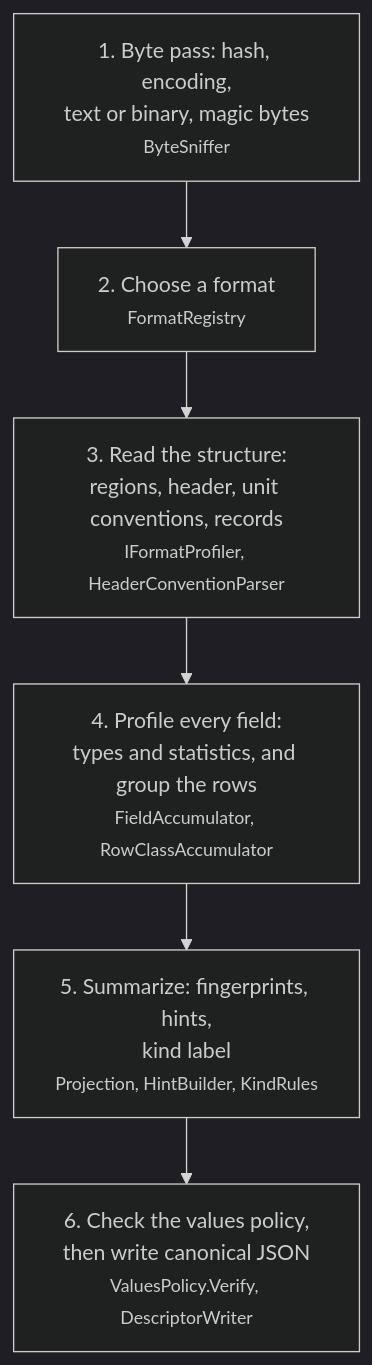
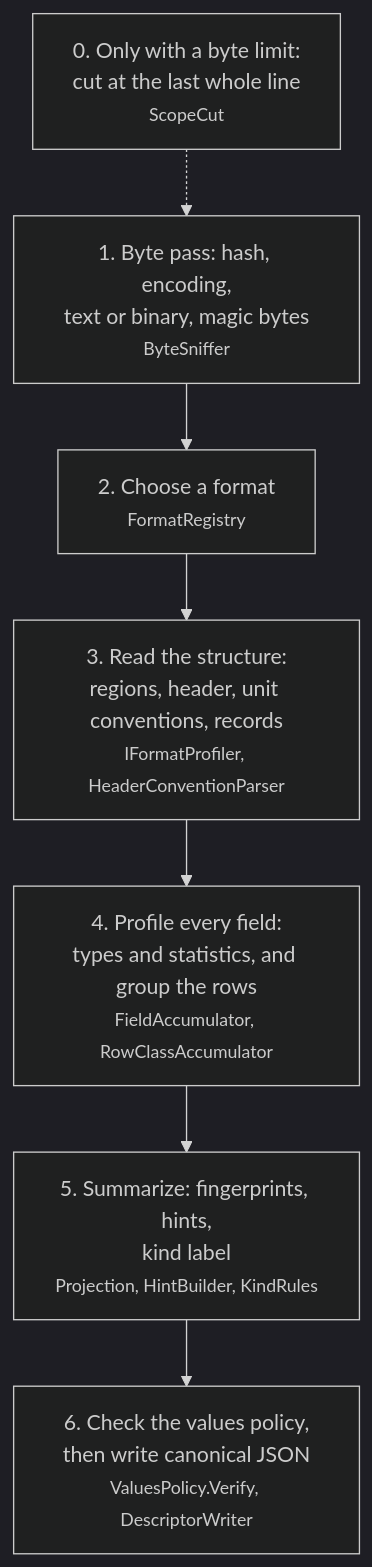
The second of 30 diagrams in docs/how-it-works.md (squalor-xyz/squalify), drawn with Mermaid (dark theme) before and after one commit. The commit also changed other lines of this file and 15 other files, not shown here.

````diff
--- a/docs/how-it-works.md
+++ b/docs/how-it-works.md
@@ -28,8 +28,9 @@
 ```mermaid
 flowchart TD
+    Z["0. Only with a byte limit:<br/>cut at the last whole line<br/><small>ScopeCut</small>"] -.-> A
     A["1. Byte pass: hash, encoding,<br/>text or binary, magic bytes<br/><small>ByteSniffer</small>"] --> B["2. Choose a format<br/><small>FormatRegistry</small>"]
     B --> C["3. Read the structure:<br/>regions, header, unit conventions, records<br/><small>IFormatProfiler, HeaderConventionParser</small>"]
     C --> D["4. Profile every field:<br/>types and statistics, and group the rows<br/><small>FieldAccumulator, RowClassAccumulator</small>"]
     D --> E["5. Summarize: fingerprints, hints,<br/>kind label<br/><small>Projection, HintBuilder, KindRules</small>"]
     E --> F["6. Check the values policy,<br/>then write canonical JSON<br/><small>ValuesPolicy.Verify, DescriptorWriter</small>"]
 ```
````
